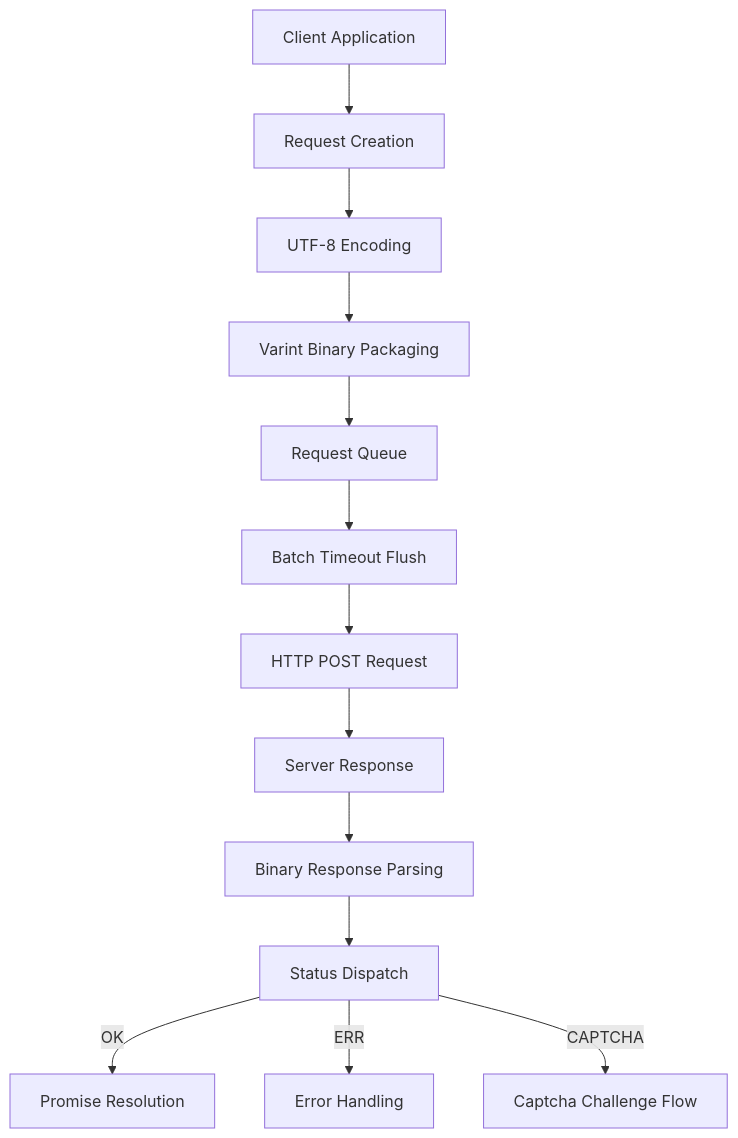
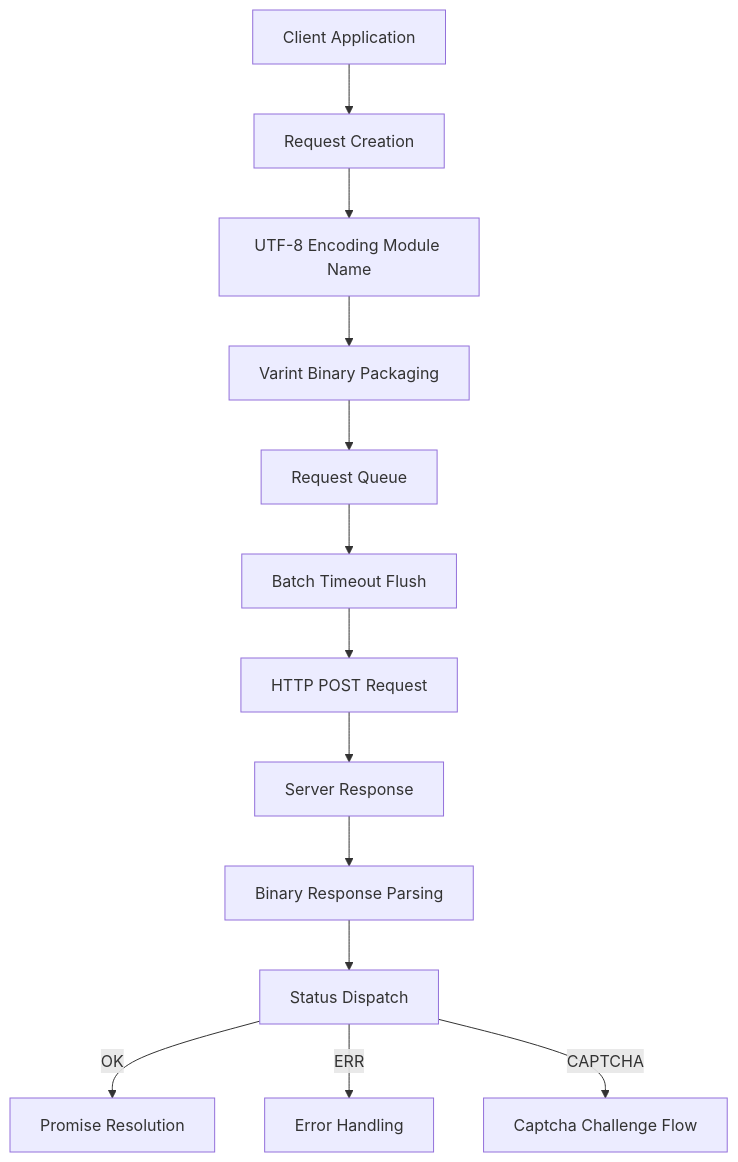
Before and after one commit to webc-site/npm: the diagram in protoapi/readme/en/README.md, drawn with Mermaid. The commit also changed other lines of this file and 1 other file, not shown here.

Commit message:
feat(readme): update examples and docs to use proto encoding with auth service and clarify binary encoding source

````diff
--- a/protoapi/readme/en/README.md
+++ b/protoapi/readme/en/README.md
@@ -54,15 +57,15 @@
 ```mermaid
 graph TD
   A[Client Application] --> B[Request Creation]
-  B --> C[UTF-8 Encoding]
+  B --> C[UTF-8 Encoding Module Name]
   C --> D[Varint Binary Packaging]
   D --> E[Request Queue]
   E --> F[Batch Timeout Flush]
   F --> G[HTTP POST Request]
   G --> H[Server Response]
   H --> I[Binary Response Parsing]
   I --> J[Status Dispatch]
   J -->|OK| K[Promise Resolution]
   J -->|ERR| L[Error Handling]
   J -->|CAPTCHA| M[Captcha Challenge Flow]
 ```
````
